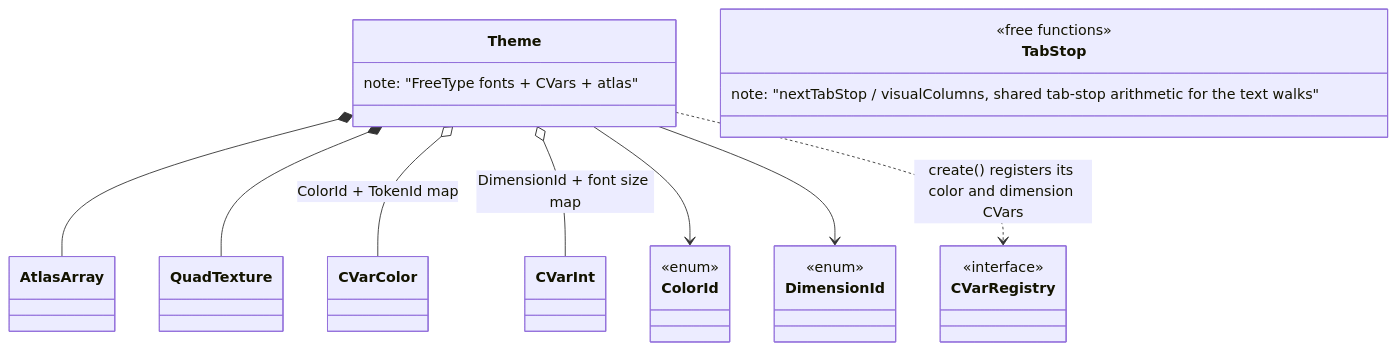
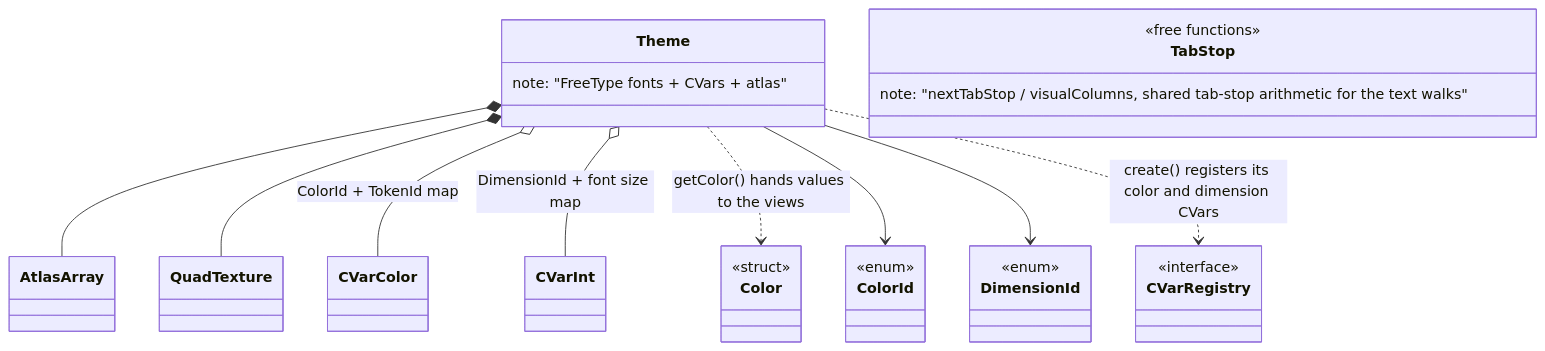
The seventh of 10 diagrams in docs/class_diagram.md (notnotme/bbloc), drawn with Mermaid before and after one commit. The commit also changed other lines of this file and 3 other files, not shown here.

````diff
--- a/docs/class_diagram.md
+++ b/docs/class_diagram.md
@@ -225,31 +233,35 @@
 ```mermaid
 classDiagram
     class Theme {
         note: "FreeType fonts + CVars + atlas"
     }
     class TabStop {
         <<free functions>>
         note: "nextTabStop / visualColumns, shared tab-stop arithmetic for the text walks"
     }
     class ColorId {
         <<enum>>
     }
     class DimensionId {
         <<enum>>
     }
     class CVarRegistry {
         <<interface>>
     }
     class AtlasArray
     class QuadTexture
     class CVarColor
     class CVarInt
+    class Color {
+        <<struct>>
+    }
 
     Theme *-- AtlasArray
     Theme *-- QuadTexture
     Theme o-- CVarColor : ColorId + TokenId map
     Theme o-- CVarInt : DimensionId + font size map
+    Theme ..> Color : getColor() hands values to the views
     Theme --> ColorId
     Theme --> DimensionId
     Theme ..> CVarRegistry : create() registers its color and dimension CVars
 ```
````
